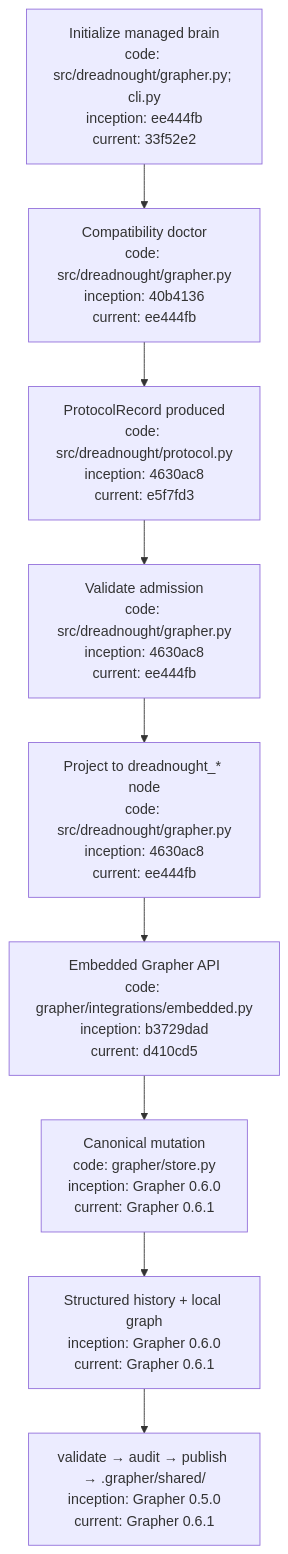
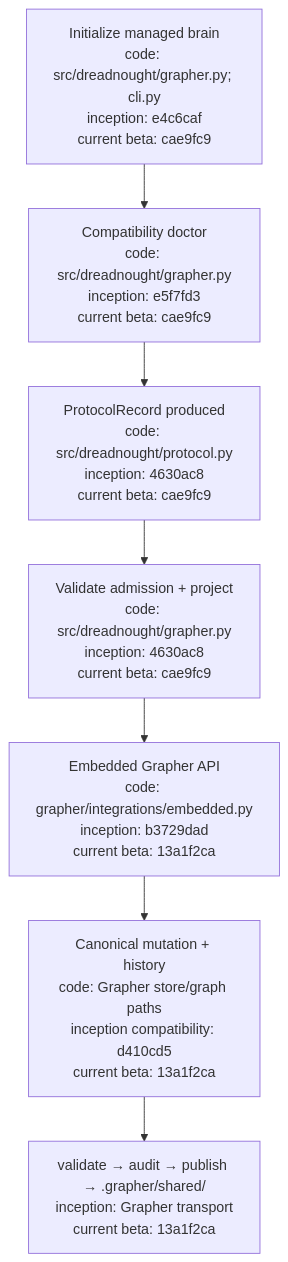
One commit to seanbman/dreadnought changed the second of 2 diagrams in docs/GRAPHER_INTEGRATION.md. Above: the diagram before and after it, drawn with Mermaid. The commit also changed other lines of this file, not shown here.

Commit message:
Update Dreadnought Grapher compatibility documentation for beta

````diff
--- a/docs/GRAPHER_INTEGRATION.md
+++ b/docs/GRAPHER_INTEGRATION.md
@@ -92,11 +85,9 @@
 ```mermaid
 flowchart TD
-    I["Initialize managed brain\ncode: src/dreadnought/grapher.py; cli.py\ninception: ee444fb\ncurrent: 33f52e2"] --> C["Compatibility doctor\ncode: src/dreadnought/grapher.py\ninception: 40b4136\ncurrent: ee444fb"]
-    C --> P["ProtocolRecord produced\ncode: src/dreadnought/protocol.py\ninception: 4630ac8\ncurrent: e5f7fd3"]
-    P --> V["Validate admission\ncode: src/dreadnought/grapher.py\ninception: 4630ac8\ncurrent: ee444fb"]
-    V --> X["Project to dreadnought_* node\ncode: src/dreadnought/grapher.py\ninception: 4630ac8\ncurrent: ee444fb"]
-    X --> E["Embedded Grapher API\ncode: grapher/integrations/embedded.py\ninception: b3729dad\ncurrent: d410cd5"]
-    E --> M["Canonical mutation\ncode: grapher/store.py\ninception: Grapher 0.6.0\ncurrent: Grapher 0.6.1"]
-    M --> H["Structured history + local graph\ninception: Grapher 0.6.0\ncurrent: Grapher 0.6.1"]
-    H --> S["validate → audit → publish → .grapher/shared/\ninception: Grapher 0.5.0\ncurrent: Grapher 0.6.1"]
+    I["Initialize managed brain\ncode: src/dreadnought/grapher.py; cli.py\ninception: e4c6caf\ncurrent beta: cae9fc9"] --> C["Compatibility doctor\ncode: src/dreadnought/grapher.py\ninception: e5f7fd3\ncurrent beta: cae9fc9"]
+    C --> P["ProtocolRecord produced\ncode: src/dreadnought/protocol.py\ninception: 4630ac8\ncurrent beta: cae9fc9"]
+    P --> V["Validate admission + project\ncode: src/dreadnought/grapher.py\ninception: 4630ac8\ncurrent beta: cae9fc9"]
+    V --> E["Embedded Grapher API\ncode: grapher/integrations/embedded.py\ninception: b3729dad\ncurrent beta: 13a1f2ca"]
+    E --> M["Canonical mutation + history\ncode: Grapher store/graph paths\ninception compatibility: d410cd5\ncurrent beta: 13a1f2ca"]
+    M --> S["validate → audit → publish → .grapher/shared/\ninception: Grapher transport\ncurrent beta: 13a1f2ca"]
 ```
````
